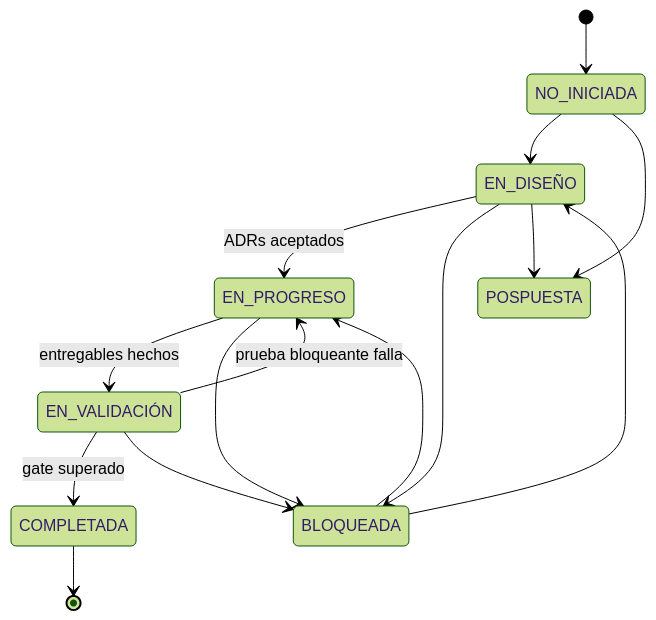
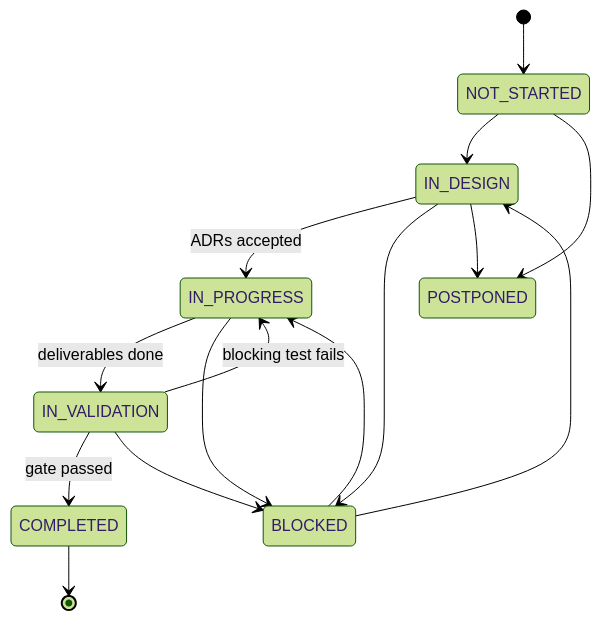
The first of 2 diagrams in roadmap/roadmap-mvp.md (Khr0x/onepack), drawn with Mermaid (forest theme) before and after one commit. The commit also changed other lines of this file and 131 other files, not shown here.

````diff
--- a/roadmap/roadmap-mvp.md
+++ b/roadmap/roadmap-mvp.md
@@ -32,17 +32,17 @@
 ```mermaid
 stateDiagram-v2
-    [*] --> NO_INICIADA
-    NO_INICIADA --> EN_DISEÑO
-    EN_DISEÑO --> EN_PROGRESO : ADRs aceptados
-    EN_PROGRESO --> EN_VALIDACIÓN : entregables hechos
-    EN_VALIDACIÓN --> EN_PROGRESO : prueba bloqueante falla
-    EN_VALIDACIÓN --> COMPLETADA : gate superado
-    EN_DISEÑO --> BLOQUEADA
-    EN_PROGRESO --> BLOQUEADA
-    EN_VALIDACIÓN --> BLOQUEADA
-    BLOQUEADA --> EN_DISEÑO
-    BLOQUEADA --> EN_PROGRESO
-    NO_INICIADA --> POSPUESTA
-    EN_DISEÑO --> POSPUESTA
-    COMPLETADA --> [*]
+    [*] --> NOT_STARTED
+    NOT_STARTED --> IN_DESIGN
+    IN_DESIGN --> IN_PROGRESS : ADRs accepted
+    IN_PROGRESS --> IN_VALIDATION : deliverables done
+    IN_VALIDATION --> IN_PROGRESS : blocking test fails
+    IN_VALIDATION --> COMPLETED : gate passed
+    IN_DESIGN --> BLOCKED
+    IN_PROGRESS --> BLOCKED
+    IN_VALIDATION --> BLOCKED
+    BLOCKED --> IN_DESIGN
+    BLOCKED --> IN_PROGRESS
+    NOT_STARTED --> POSTPONED
+    IN_DESIGN --> POSTPONED
+    COMPLETED --> [*]
 ```
````
